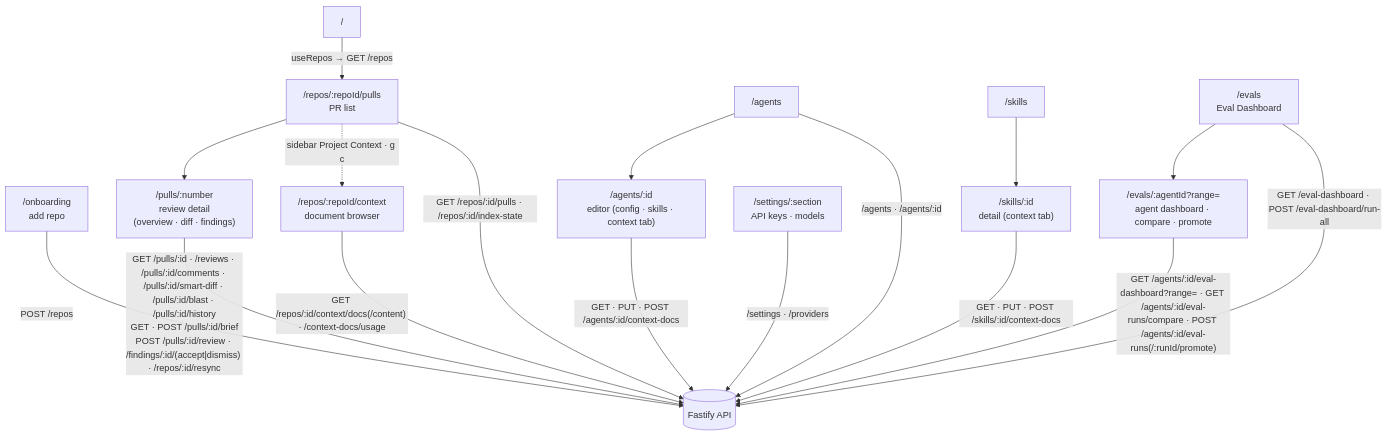
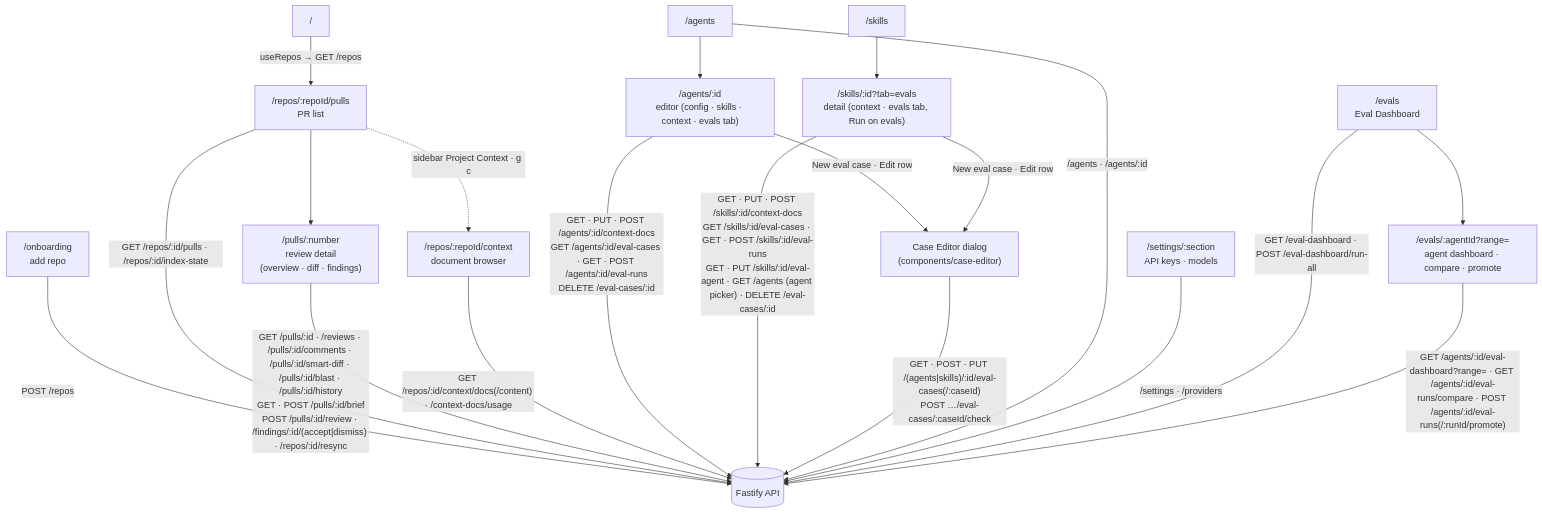
The diagram in client/README.md (Svyat90/dev-digest), drawn with Mermaid before and after one commit. The commit also changed 3 other files, not shown here.

Commit message:
docs: API map, data layer, client route map and cache keys for the case editor (T020)

````diff
--- a/client/README.md
+++ b/client/README.md
@@ -24,22 +24,25 @@
 ```mermaid
 flowchart TD
   ROOT["/"] -->|"useRepos → GET /repos"| PULLS["/repos/:repoId/pulls<br/>PR list"]
   ONB["/onboarding<br/>add repo"] -->|"POST /repos"| API[("Fastify API")]
   PULLS --> PR["/pulls/:number<br/>review detail<br/>(overview · diff · findings)"]
 
   PULLS -.->|"sidebar Project Context · g c"| CTX["/repos/:repoId/context<br/>document browser"]
-  AGENTS["/agents"] --> AGENT["/agents/:id<br/>editor (config · skills · context tab)"]
-  SKILLS["/skills"] --> SKILL["/skills/:id<br/>detail (context tab)"]
+  AGENTS["/agents"] --> AGENT["/agents/:id<br/>editor (config · skills · context · evals tab)"]
+  SKILLS["/skills"] --> SKILL["/skills/:id?tab=evals<br/>detail (context · evals tab, Run on evals)"]
+  AGENT -->|"New eval case · Edit row"| CASEED["Case Editor dialog<br/>(components/case-editor)"]
+  SKILL -->|"New eval case · Edit row"| CASEED
   SETTINGS["/settings/:section<br/>API keys · models"]
   EVALS["/evals<br/>Eval Dashboard"] --> AGENTEVAL["/evals/:agentId?range=<br/>agent dashboard · compare · promote"]
 
   PULLS -->|"GET /repos/:id/pulls · /repos/:id/index-state"| API
   PR -->|"GET /pulls/:id · /reviews · /pulls/:id/comments · /pulls/:id/smart-diff · /pulls/:id/blast · /pulls/:id/history<br/>GET · POST /pulls/:id/brief<br/>POST /pulls/:id/review · /findings/:id/(accept|dismiss) · /repos/:id/resync"| API
   CTX -->|"GET /repos/:id/context/docs(/content) · /context-docs/usage"| API
-  AGENT -->|"GET · PUT · POST /agents/:id/context-docs"| API
-  SKILL -->|"GET · PUT · POST /skills/:id/context-docs"| API
+  AGENT -->|"GET · PUT · POST /agents/:id/context-docs<br/>GET /agents/:id/eval-cases · GET · POST /agents/:id/eval-runs<br/>DELETE /eval-cases/:id"| API
+  SKILL -->|"GET · PUT · POST /skills/:id/context-docs<br/>GET /skills/:id/eval-cases · GET · POST /skills/:id/eval-runs<br/>GET · PUT /skills/:id/eval-agent · GET /agents (agent picker) · DELETE /eval-cases/:id"| API
+  CASEED -->|"GET · POST · PUT /(agents|skills)/:id/eval-cases(/:caseId)<br/>POST …/eval-cases/:caseId/check"| API
   AGENTS -->|"/agents · /agents/:id"| API
   SETTINGS -->|"/settings · /providers"| API
   EVALS -->|"GET /eval-dashboard · POST /eval-dashboard/run-all"| API
   AGENTEVAL -->|"GET /agents/:id/eval-dashboard?range= · GET /agents/:id/eval-runs/compare · POST /agents/:id/eval-runs(/:runId/promote)"| API
 ```
````
